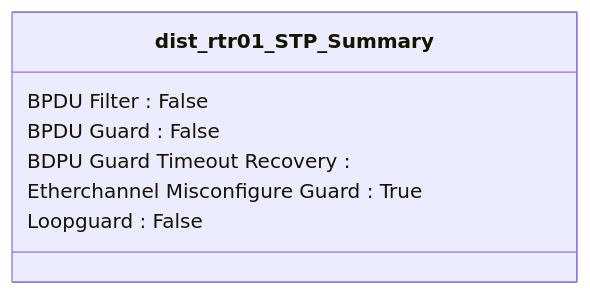
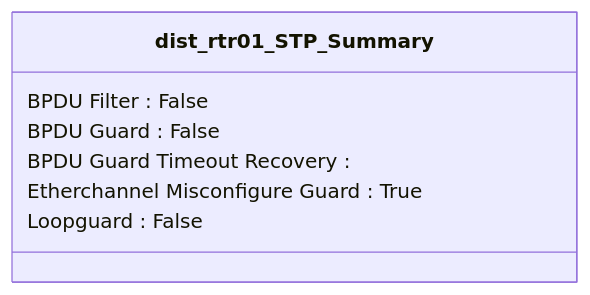
Before and after one commit to automateyournetwork/pyYAHTS: the first of 2 diagrams in Examples/IOS-XE/Mermaid Class/dist-rtr01 stp class.md, drawn with Mermaid. The commit also changed 16 other files, not shown here.

````diff
--- a/Examples/IOS-XE/Mermaid Class/dist-rtr01 stp class.md
+++ b/Examples/IOS-XE/Mermaid Class/dist-rtr01 stp class.md
@@ -4,10 +4,10 @@
 ```mermaid
 classDiagram
 class dist_rtr01_STP_Summary {
 BPDU Filter : False
 BPDU Guard : False
-BDPU Guard Timeout Recovery : 
+BPDU Guard Timeout Recovery : 
 Etherchannel Misconfigure Guard : True
 Loopguard : False
 }
 ```  
````
